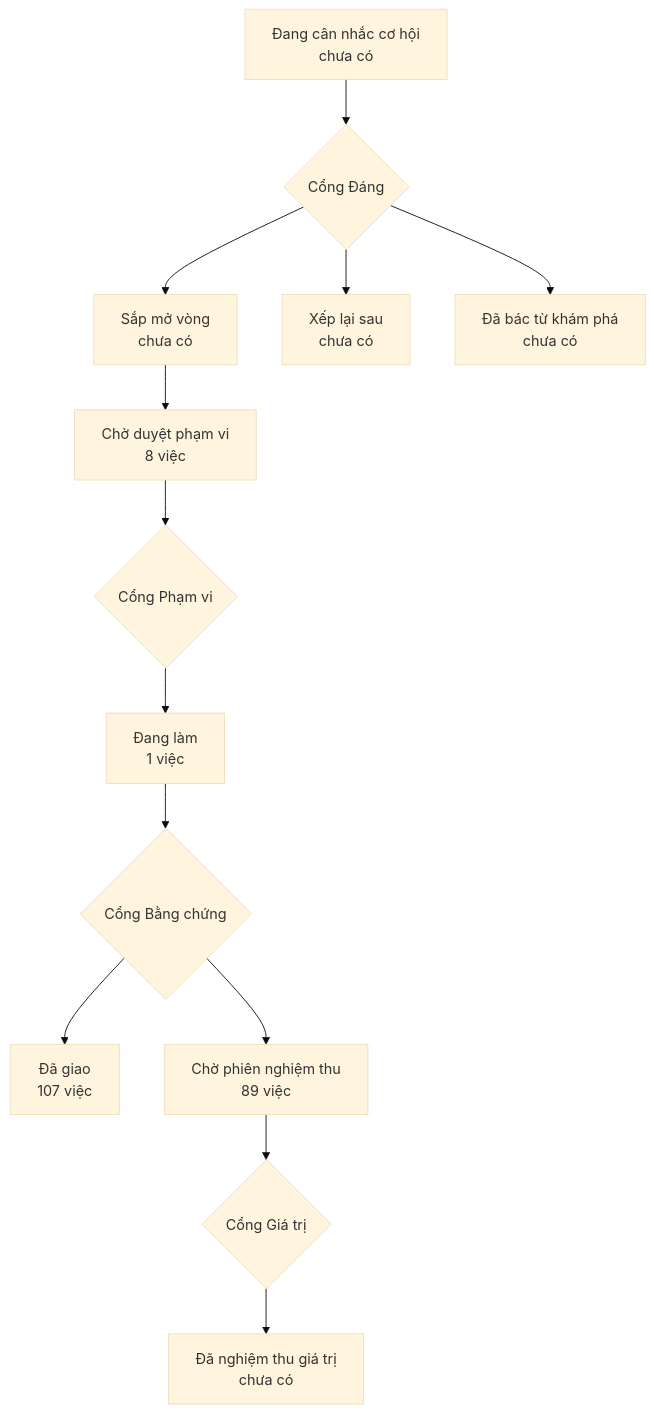
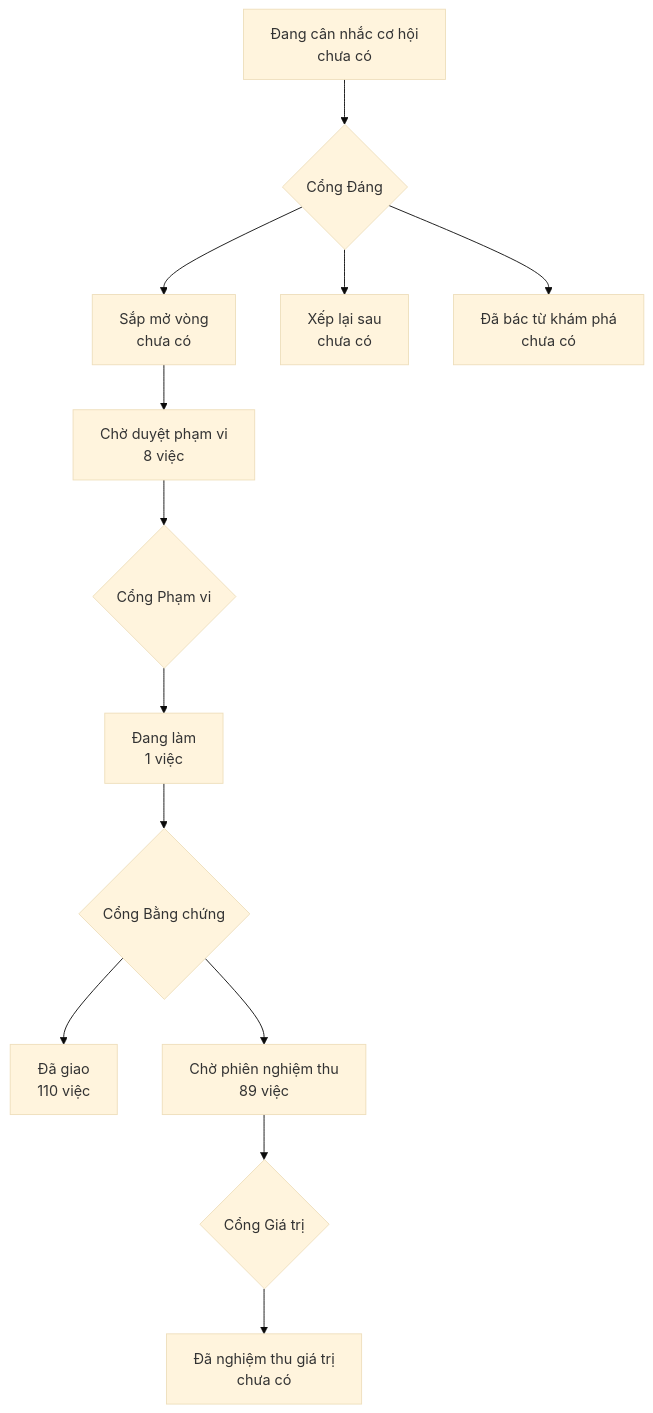
One commit to phanlemanh/onehub-invest changed the diagram in PRODUCT-MAP.md. Above: the diagram before and after it, drawn with Mermaid (base theme). The commit also changed other lines of this file and 1 other file, not shown here.

````diff
--- a/PRODUCT-MAP.md
+++ b/PRODUCT-MAP.md
@@ -7,12 +7,12 @@
 ```mermaid
 flowchart TD
   A["Đang cân nhắc cơ hội<br/>chưa có"] --> GD{"Cổng Đáng"}
   GD --> B["Sắp mở vòng<br/>chưa có"]
   GD --> XL["Xếp lại sau<br/>chưa có"]
   GD --> DB["Đã bác từ khám phá<br/>chưa có"]
   B --> CD["Chờ duyệt phạm vi<br/>8 việc"] --> GP{"Cổng Phạm vi"}
   GP --> DL["Đang làm<br/>1 việc"] --> GB{"Cổng Bằng chứng"}
-  GB --> DG["Đã giao<br/>107 việc"]
+  GB --> DG["Đã giao<br/>110 việc"]
   GB --> CN["Chờ phiên nghiệm thu<br/>89 việc"] --> GG{"Cổng Giá trị"}
   GG --> NT["Đã nghiệm thu giá trị<br/>chưa có"]
 ```
````
